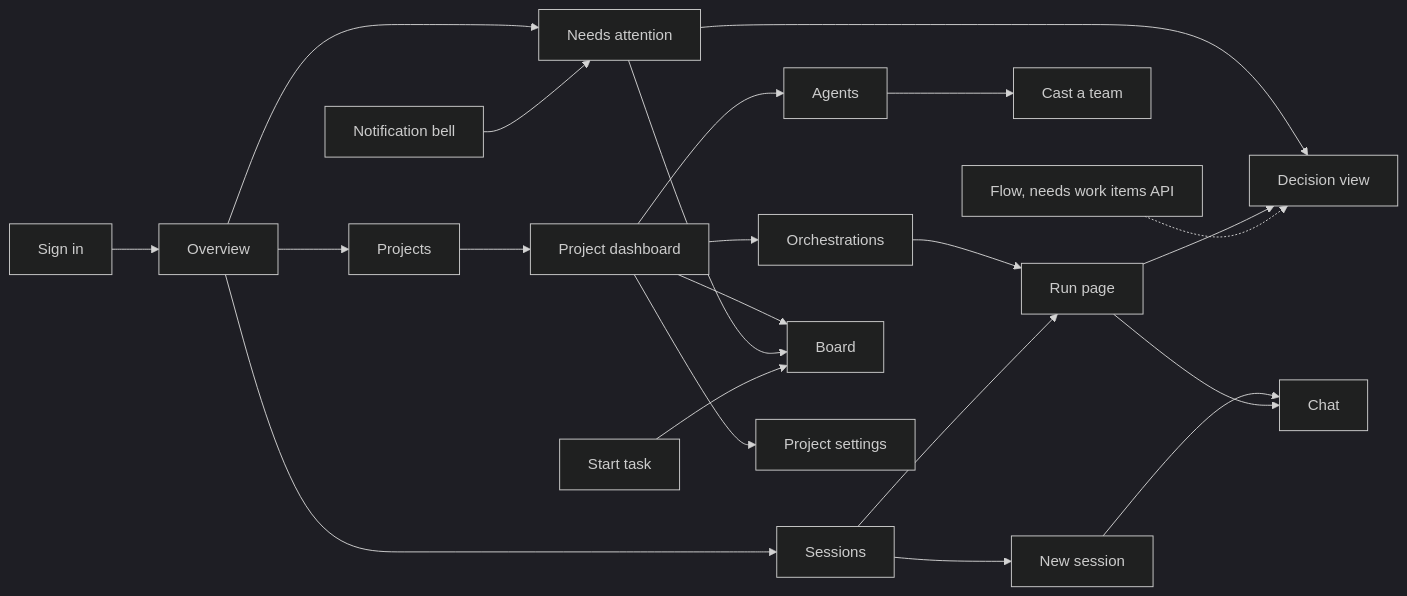
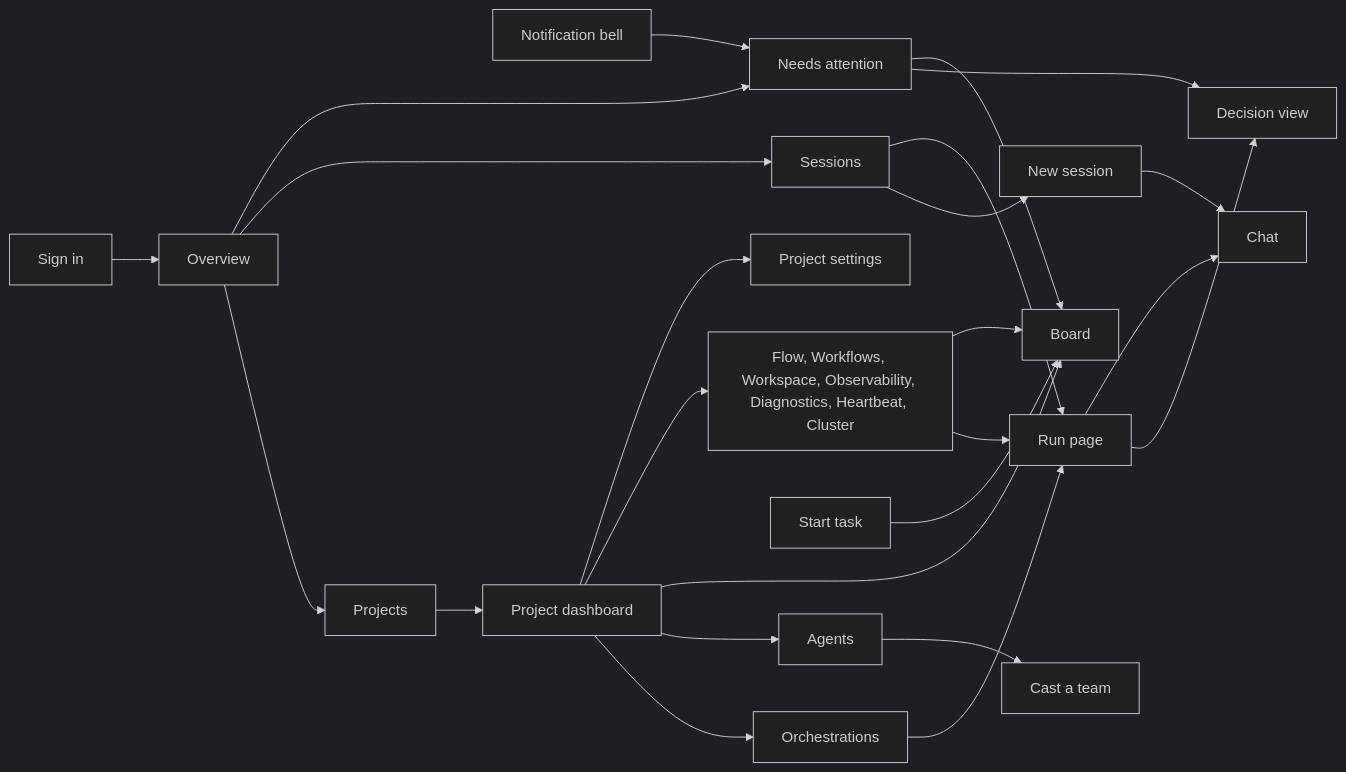
Before and after one commit to sabbour/agentweaver: the diagram in docs/reference/web-ui-parity.md, drawn with Mermaid (dark theme). The commit also changed other lines of this file and 20 other files, not shown here.

````diff
--- a/docs/reference/web-ui-parity.md
+++ b/docs/reference/web-ui-parity.md
@@ -37,24 +39,26 @@
 ```mermaid
 flowchart LR
   signin[Sign in] --> overview[Overview]
   overview --> projects[Projects]
   overview --> sessions[Sessions]
   overview --> attention[Needs attention]
   bell[Notification bell] --> attention
   sessions --> newsession[New session]
   newsession --> chat[Chat]
   projects --> dashboard[Project dashboard]
   dashboard --> orch[Orchestrations]
   dashboard --> agents[Agents]
   agents --> cast[Cast a team]
   orch --> run[Run page]
   sessions --> run
   attention --> decision[Decision view]
   dashboard --> board[Board]
   attention --> board
   starttask[Start task] --> board
   run --> decision
   run --> chat
-  flow[Flow, needs work items API] -.-> decision
+  dashboard --> ops[Flow, Workflows, Workspace, Observability, Diagnostics, Heartbeat, Cluster]
+  ops --> run
+  ops --> board
   dashboard --> settings[Project settings]
 ```
````
